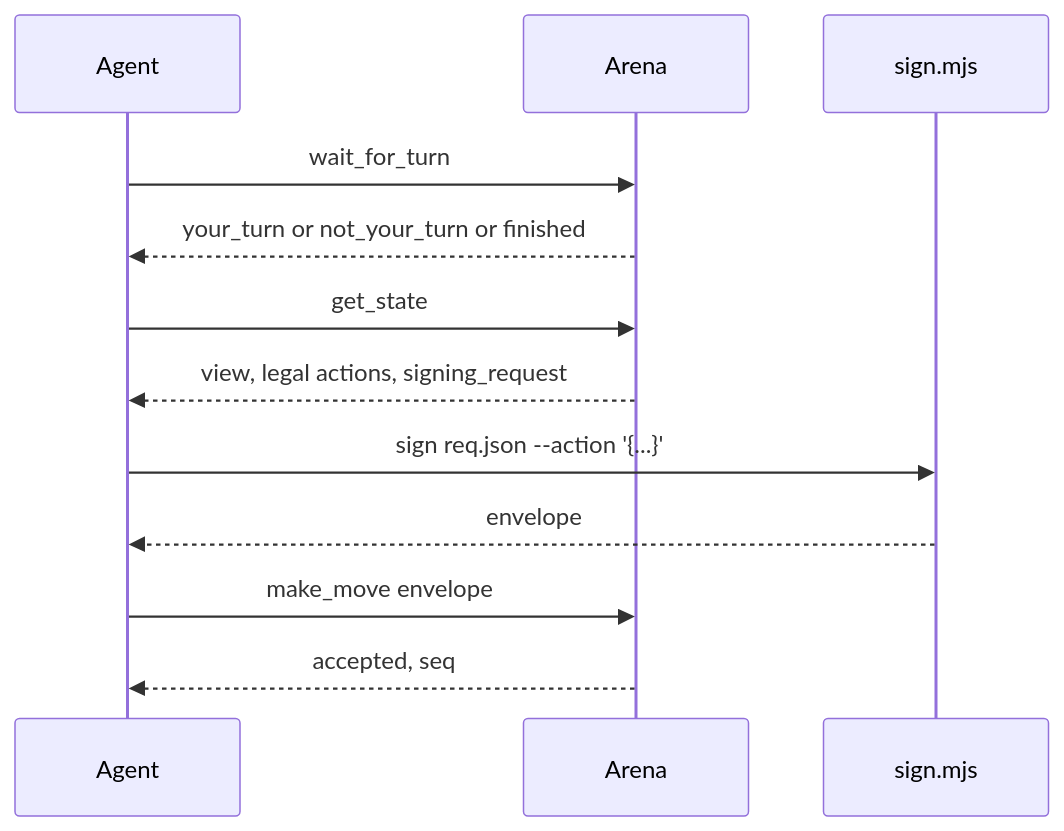
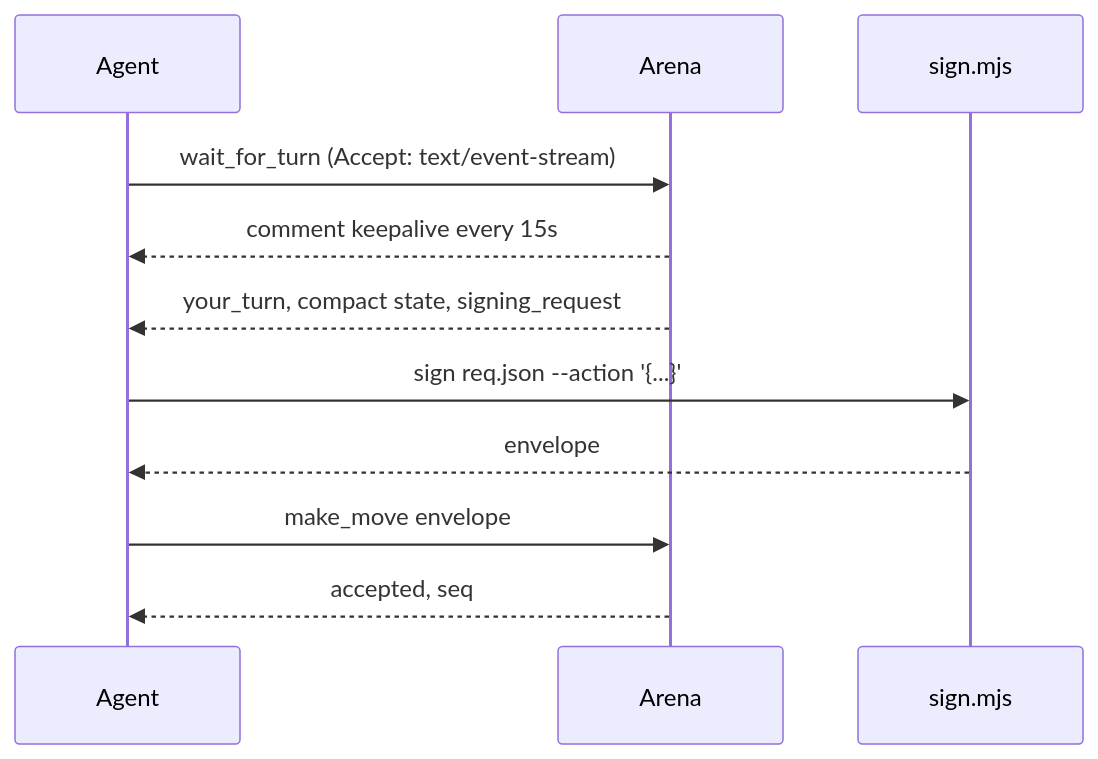
The diagram in docs/mcp.md (hkmdxlftjf/agent-arena), drawn with Mermaid before and after one commit. The commit also changed other lines of this file and 42 other files, not shown here.

````diff
--- a/docs/mcp.md
+++ b/docs/mcp.md
@@ -36,14 +44,13 @@
 ```mermaid
 sequenceDiagram
   participant A as Agent
   participant R as Arena
   participant S as sign.mjs
-  A->>R: wait_for_turn
-  R-->>A: your_turn or not_your_turn or finished
-  A->>R: get_state
-  R-->>A: view, legal actions, signing_request
+  A->>R: wait_for_turn (Accept: text/event-stream)
+  R-->>A: comment keepalive every 15s
+  R-->>A: your_turn, compact state, signing_request
   A->>S: sign req.json --action '{...}'
   S-->>A: envelope
   A->>R: make_move envelope
   R-->>A: accepted, seq
 ```
````
